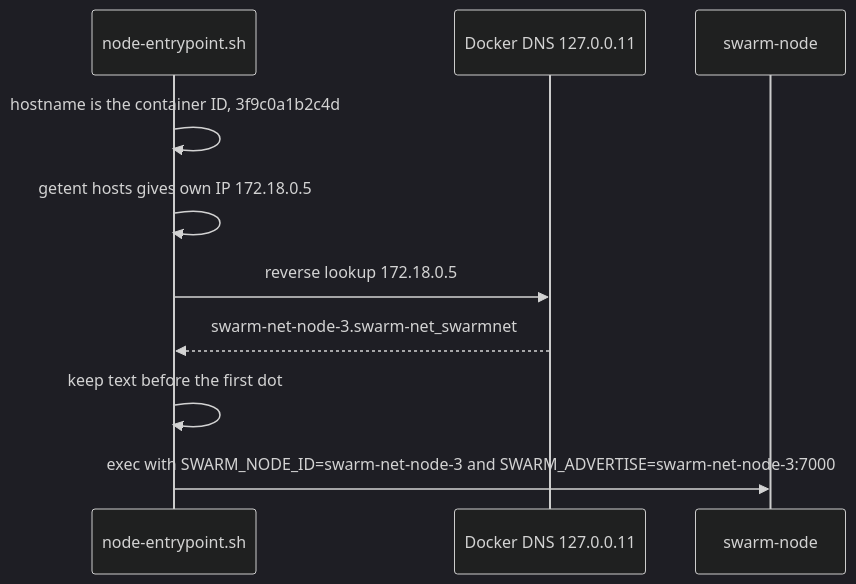
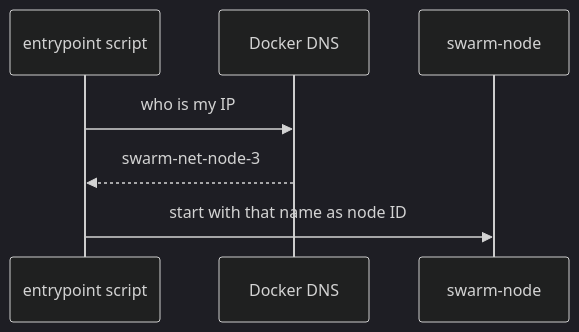
The second of 3 diagrams in docs/architecture/running-the-swarm.md (Aditya-Jyoti/swarm-communication), drawn with Mermaid (dark theme) before and after one commit. The commit also changed other lines of this file, not shown here.

Commit message:
docs(architecture): rewrite running the swarm for frontend and .env

````diff
--- a/docs/architecture/running-the-swarm.md
+++ b/docs/architecture/running-the-swarm.md
@@ -66,12 +75,9 @@
 ```mermaid
 sequenceDiagram
-    participant E as node-entrypoint.sh
-    participant D as Docker DNS 127.0.0.11
+    participant E as entrypoint script
+    participant D as Docker DNS
     participant B as swarm-node
-    E->>E: hostname is the container ID, 3f9c0a1b2c4d
-    E->>E: getent hosts gives own IP 172.18.0.5
-    E->>D: reverse lookup 172.18.0.5
-    D-->>E: swarm-net-node-3.swarm-net_swarmnet
-    E->>E: keep text before the first dot
-    E->>B: exec with SWARM_NODE_ID=swarm-net-node-3 and SWARM_ADVERTISE=swarm-net-node-3:7000
+    E->>D: who is my IP
+    D-->>E: swarm-net-node-3
+    E->>B: start with that name as node ID
 ```
````
